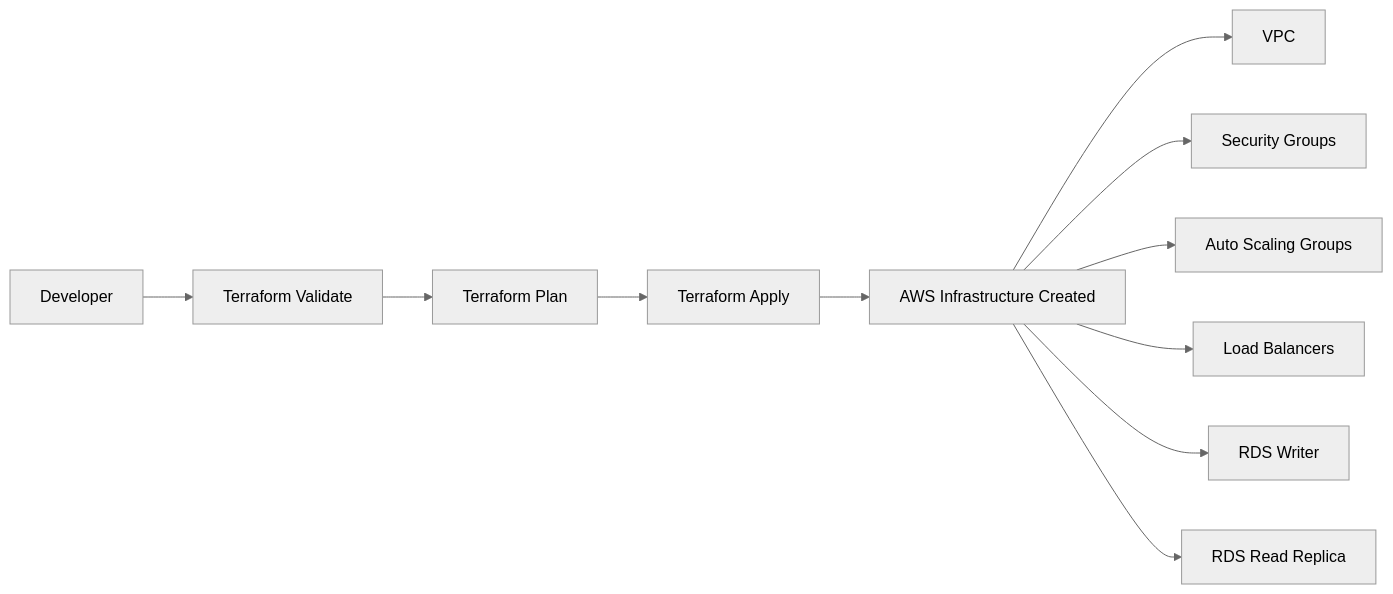
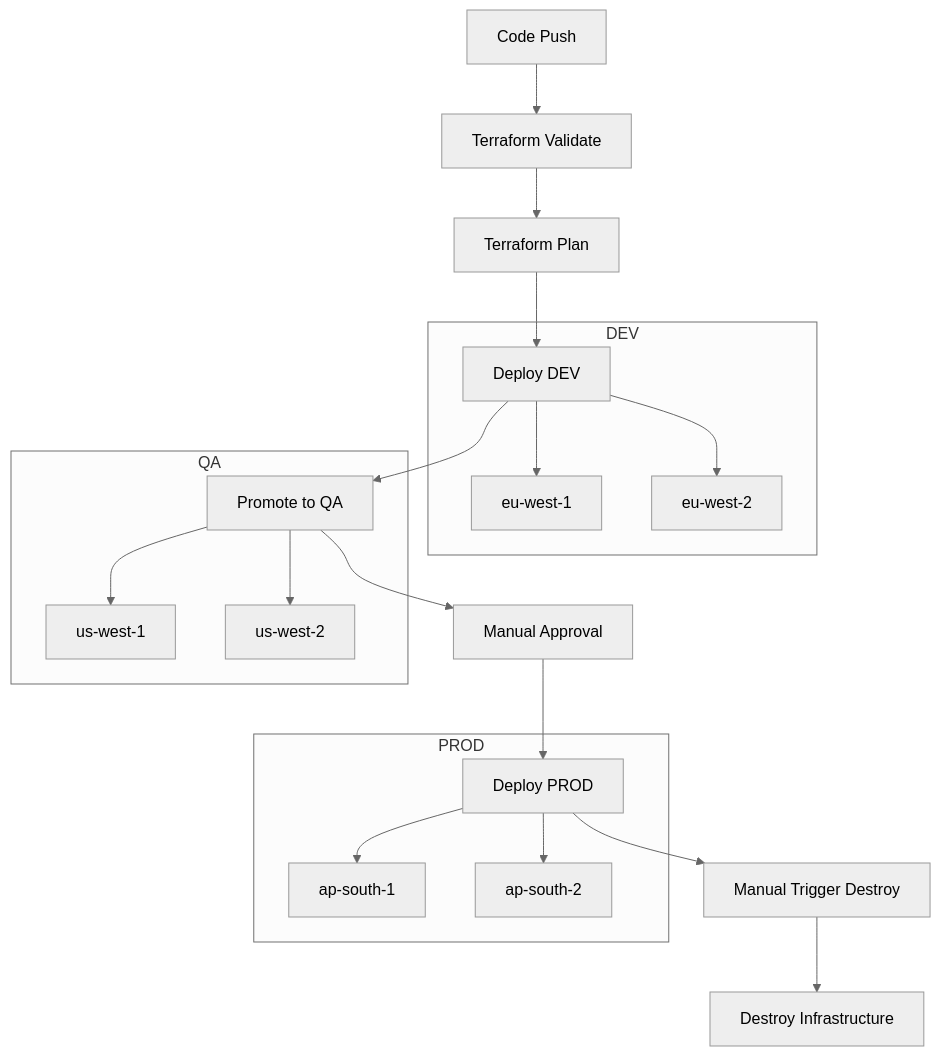
Before and after one commit to rajoli-girisai-madhav/aws-3tier-multi-region-terraform-platform: the diagram in README.md, drawn with Mermaid (neutral theme). The commit also changed other lines of this file, not shown here.

````diff
--- a/README.md
+++ b/README.md
@@ -65,16 +91,32 @@
-``` mermaid
-flowchart LR
+```mermaid
+flowchart TD
 
-A[Developer] --> B[Terraform Validate]
+A[Code Push] --> B[Terraform Validate]
 B --> C[Terraform Plan]
-C --> D[Terraform Apply]
 
-D --> E[AWS Infrastructure Created]
+%% DEV
+C --> D[Deploy DEV]
+subgraph DEV
+  D --> D1[eu-west-1]
+  D --> D2[eu-west-2]
+end
 
-E --> F[VPC]
-E --> G[Security Groups]
-E --> H[Auto Scaling Groups]
-E --> I[Load Balancers]
-E --> J[RDS Writer]
-E --> K[RDS Read Replica]
+%% QA
+D --> E[Promote to QA]
+subgraph QA
+  E --> E1[us-west-1]
+  E --> E2[us-west-2]
+end
+
+%% PROD
+E --> F[Manual Approval]
+F --> G[Deploy PROD]
+subgraph PROD
+  G --> G1[ap-south-1]
+  G --> G2[ap-south-2]
+end
+
+%% DESTROY
+G --> H[Manual Trigger Destroy]
+H --> I[Destroy Infrastructure]
 ```
````
